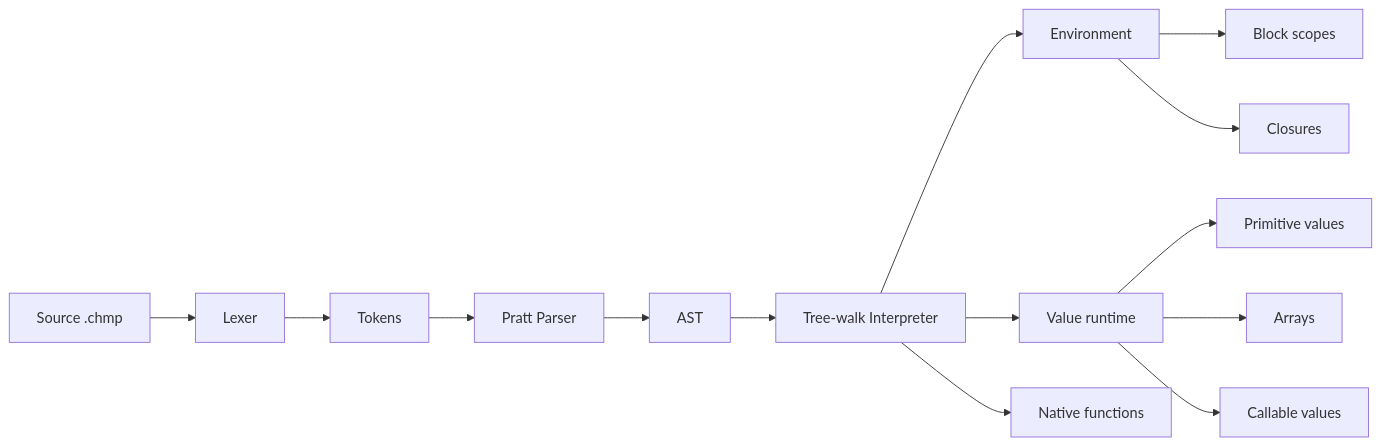
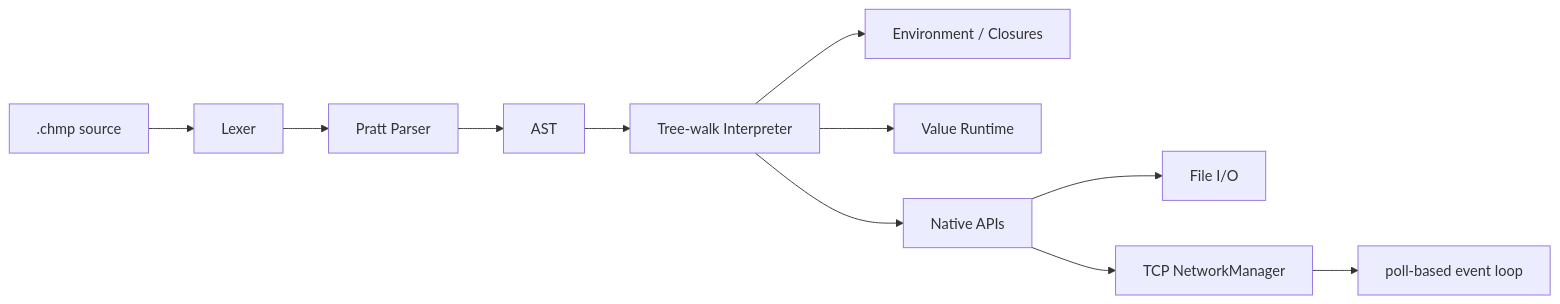
Before and after one commit to Bony-Lord/ChompoC: the diagram in README.md, drawn with Mermaid. The commit also changed other lines of this file and 11 other files, not shown here.

Commit message:
add string stream modes and TCP network API

````diff
--- a/README.md
+++ b/README.md
@@ -253,16 +177,13 @@
 ```mermaid
 flowchart LR
-    A[Source .chmp] --> B[Lexer]
-    B --> C[Tokens]
-    C --> D[Pratt Parser]
-    D --> E[AST]
-    E --> F[Tree-walk Interpreter]
-    F --> G[Environment]
-    G --> H[Block scopes]
-    G --> I[Closures]
-    F --> J[Value runtime]
-    J --> K[Primitive values]
-    J --> L[Arrays]
-    J --> M[Callable values]
-    F --> N[Native functions]
+    A[.chmp source] --> B[Lexer]
+    B --> C[Pratt Parser]
+    C --> D[AST]
+    D --> E[Tree-walk Interpreter]
+    E --> F[Environment / Closures]
+    E --> G[Value Runtime]
+    E --> H[Native APIs]
+    H --> I[File I/O]
+    H --> J[TCP NetworkManager]
+    J --> K[poll-based event loop]
 ```
````
